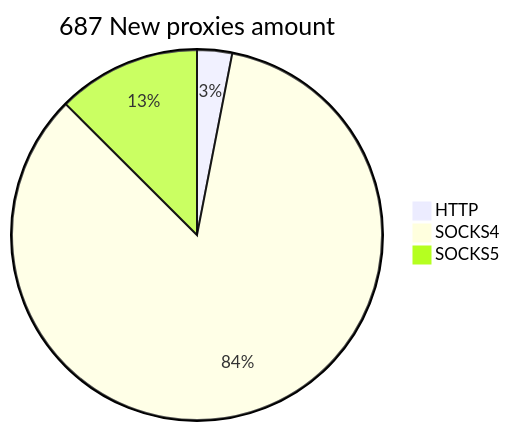
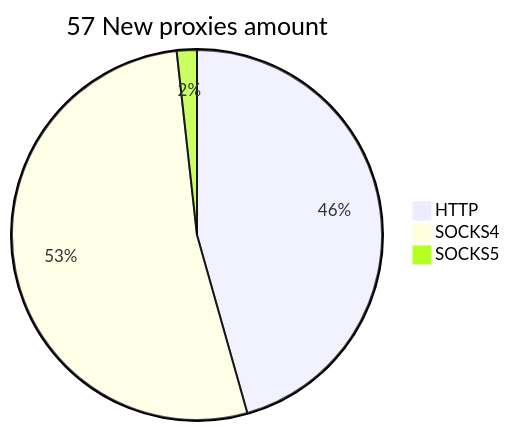
One commit to cutipu/proxylist changed the second of 2 diagrams in README.md. Above: the diagram before and after it, drawn with Mermaid. The commit also changed other lines of this file, not shown here.

````diff
--- a/README.md
+++ b/README.md
@@ -10,6 +10,6 @@
 ```mermaid
-pie title 687 New proxies amount
-    "HTTP" : 21
-    "SOCKS4" : 580
-    "SOCKS5" : 86
+pie title 57 New proxies amount
+    "HTTP" : 26
+    "SOCKS4" : 30
+    "SOCKS5" : 1
 ```
````
